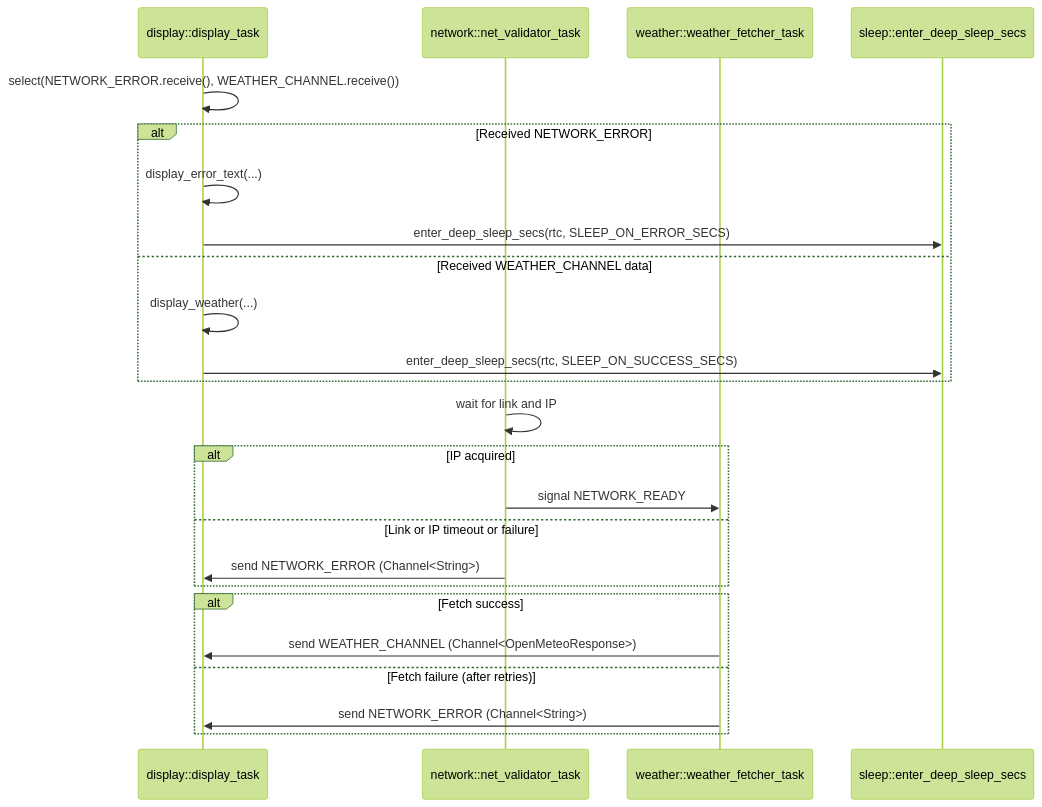
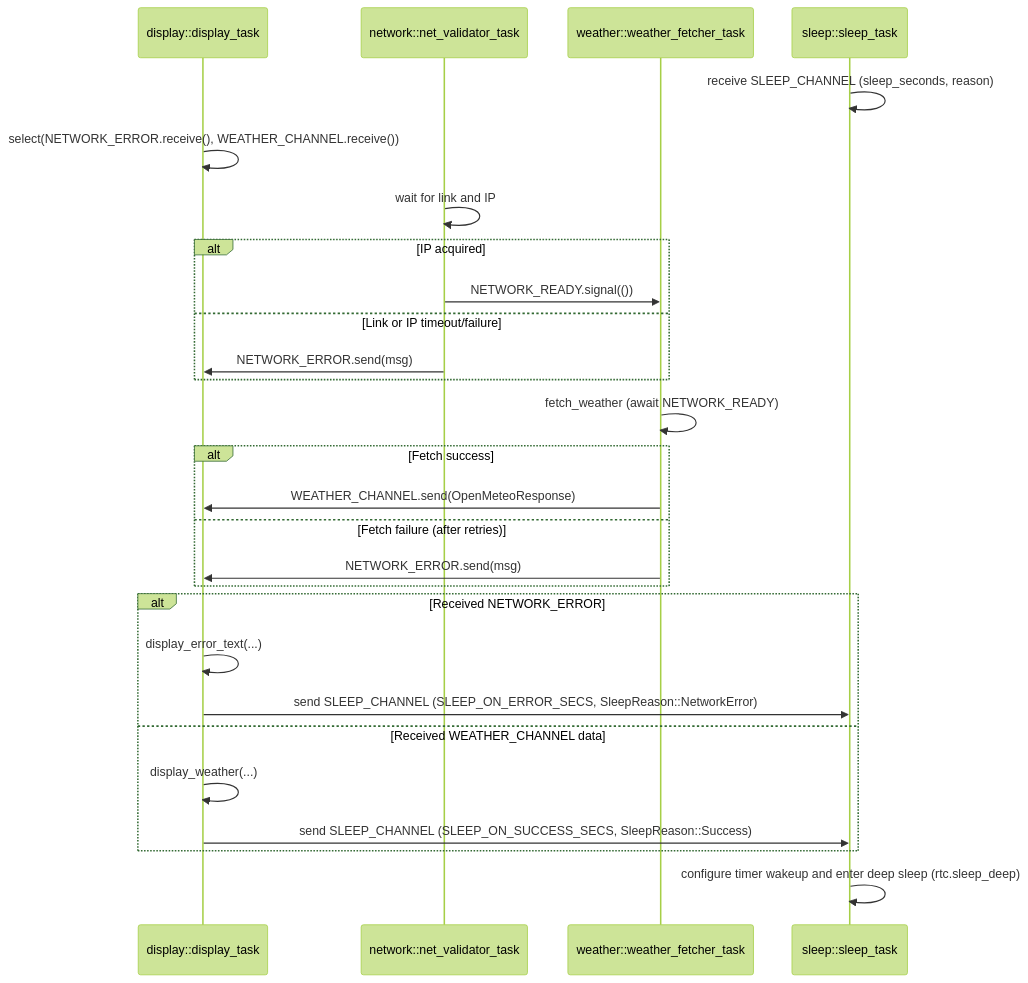
The second of 2 diagrams in README.md (ScottCUSA/magtag_weatherstation_rs), drawn with Mermaid (forest theme) before and after one commit. The commit also changed other lines of this file, not shown here.

Commit message:
refactor: reorganize project structure for clarity and improve task handling

````diff
--- a/README.md
+++ b/README.md
@@ -183,31 +175,34 @@
 ```mermaid
 sequenceDiagram
    participant Display as display::display_task
    participant NetValidator as network::net_validator_task
    participant Weather as weather::weather_fetcher_task
-   participant Sleep as sleep::enter_deep_sleep_secs
+   participant Sleep as sleep::sleep_task
+
+   Sleep->>Sleep: receive SLEEP_CHANNEL (sleep_seconds, reason)
+   Display->>Display: select(NETWORK_ERROR.receive(), WEATHER_CHANNEL.receive())
+
+   NetValidator->>NetValidator: wait for link and IP
+   alt IP acquired
+      NetValidator->>Weather: NETWORK_READY.signal(())
+   else Link or IP timeout/failure
+      NetValidator->>Display: NETWORK_ERROR.send(msg)
+   end
+
+   Weather->>Weather: fetch_weather (await NETWORK_READY)
+   alt Fetch success
+      Weather->>Display: WEATHER_CHANNEL.send(OpenMeteoResponse)
+   else Fetch failure (after retries)
+      Weather->>Display: NETWORK_ERROR.send(msg)
+   end
    
-   Display->>Display: select(NETWORK_ERROR.receive(), WEATHER_CHANNEL.receive())
    alt Received NETWORK_ERROR
       Display->>Display: display_error_text(...)
-      Display->>Sleep: enter_deep_sleep_secs(rtc, SLEEP_ON_ERROR_SECS)
+      Display->>Sleep: send SLEEP_CHANNEL (SLEEP_ON_ERROR_SECS, SleepReason::NetworkError)
    else Received WEATHER_CHANNEL data
       Display->>Display: display_weather(...)
-      Display->>Sleep: enter_deep_sleep_secs(rtc, SLEEP_ON_SUCCESS_SECS)
+      Display->>Sleep: send SLEEP_CHANNEL (SLEEP_ON_SUCCESS_SECS, SleepReason::Success)
    end
    
-   NetValidator->>NetValidator: wait for link and IP
-   alt IP acquired
-      NetValidator->>Weather: signal NETWORK_READY
-   else  Link or IP timeout or failure
-      NetValidator->>Display: send NETWORK_ERROR (Channel<String>)
-   end
-
-   alt Fetch success
-      Weather->>Display: send WEATHER_CHANNEL (Channel<OpenMeteoResponse>)
-   else Fetch failure (after retries)
-      Weather->>Display: send NETWORK_ERROR (Channel<String>)
-   end
-
-
+   Sleep->>Sleep: configure timer wakeup and enter deep sleep (rtc.sleep_deep)
 ```
````
